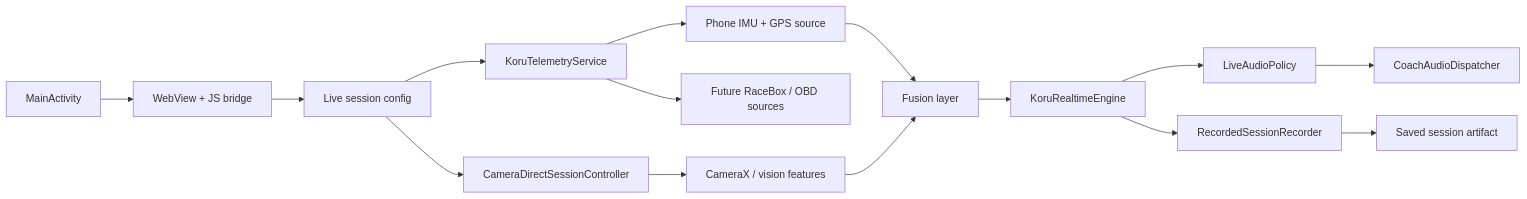
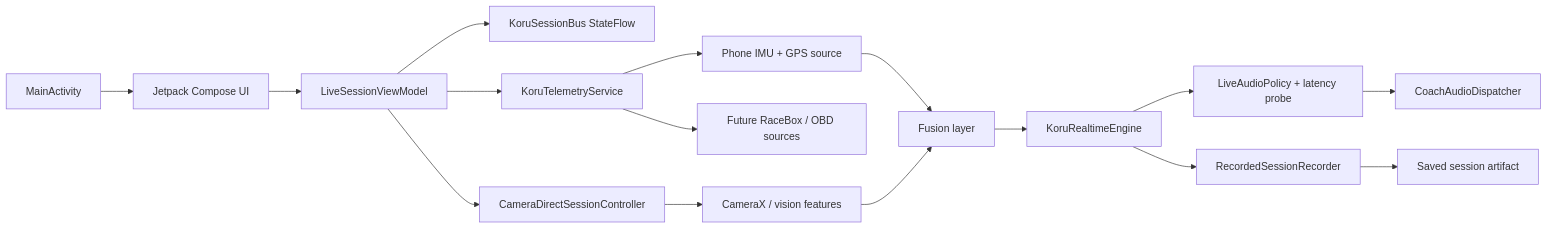
Before and after one commit to rabimba/speedracer-AI: the fifth of 8 diagrams in docs/end-to-end-architecture.md, drawn with Mermaid. The commit also changed other lines of this file and 75 other files, not shown here.

````diff
--- a/docs/end-to-end-architecture.md
+++ b/docs/end-to-end-architecture.md
@@ -227,17 +227,18 @@
 ```mermaid
 flowchart LR
-    A["MainActivity"] --> B["WebView + JS bridge"]
-    B --> C["Live session config"]
+    A["MainActivity"] --> B["Jetpack Compose UI"]
+    B --> C["LiveSessionViewModel"]
+    C --> S["KoruSessionBus StateFlow"]
     C --> D["KoruTelemetryService"]
     C --> E["CameraDirectSessionController"]
     D --> F["Phone IMU + GPS source"]
     D --> G["Future RaceBox / OBD sources"]
     E --> H["CameraX / vision features"]
     F --> I["Fusion layer"]
     H --> I
     I --> J["KoruRealtimeEngine"]
-    J --> K["LiveAudioPolicy"]
+    J --> K["LiveAudioPolicy + latency probe"]
     K --> L["CoachAudioDispatcher"]
     J --> M["RecordedSessionRecorder"]
     M --> N["Saved session artifact"]
 ```
````
